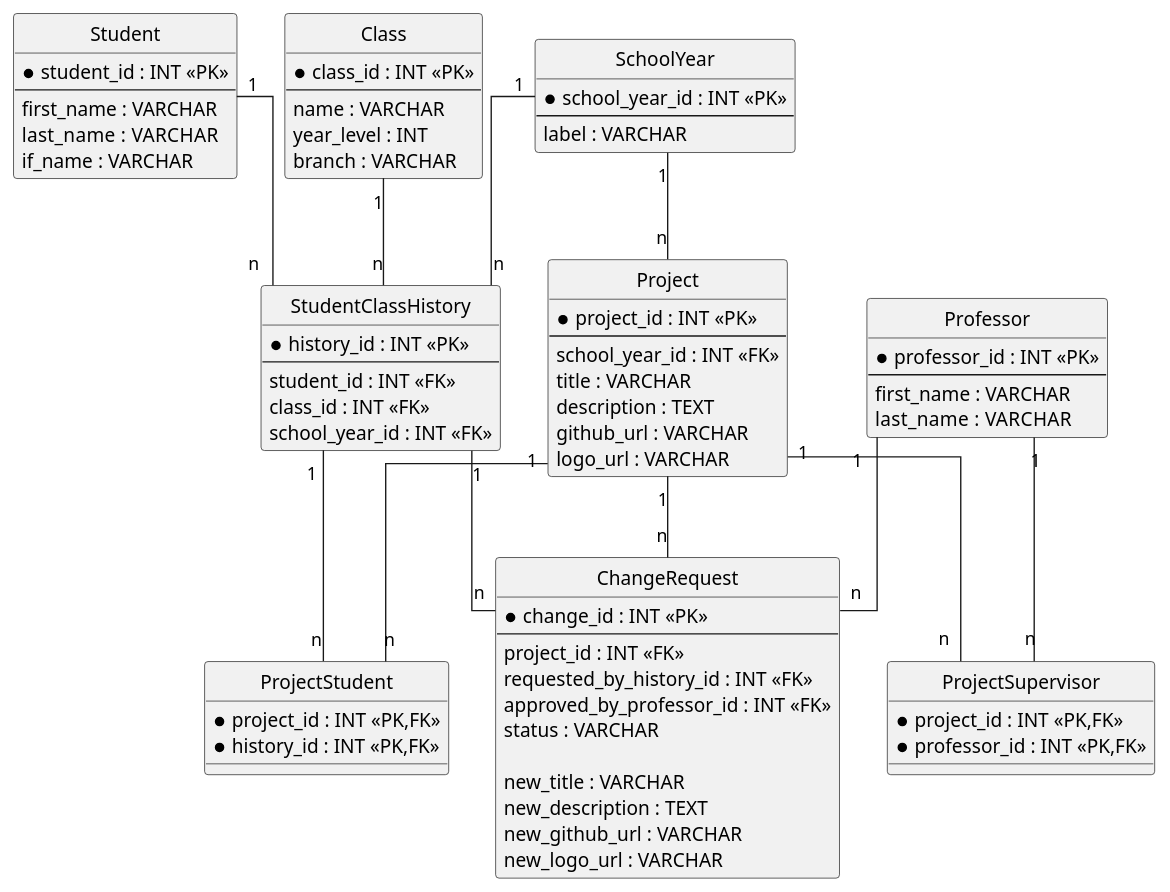
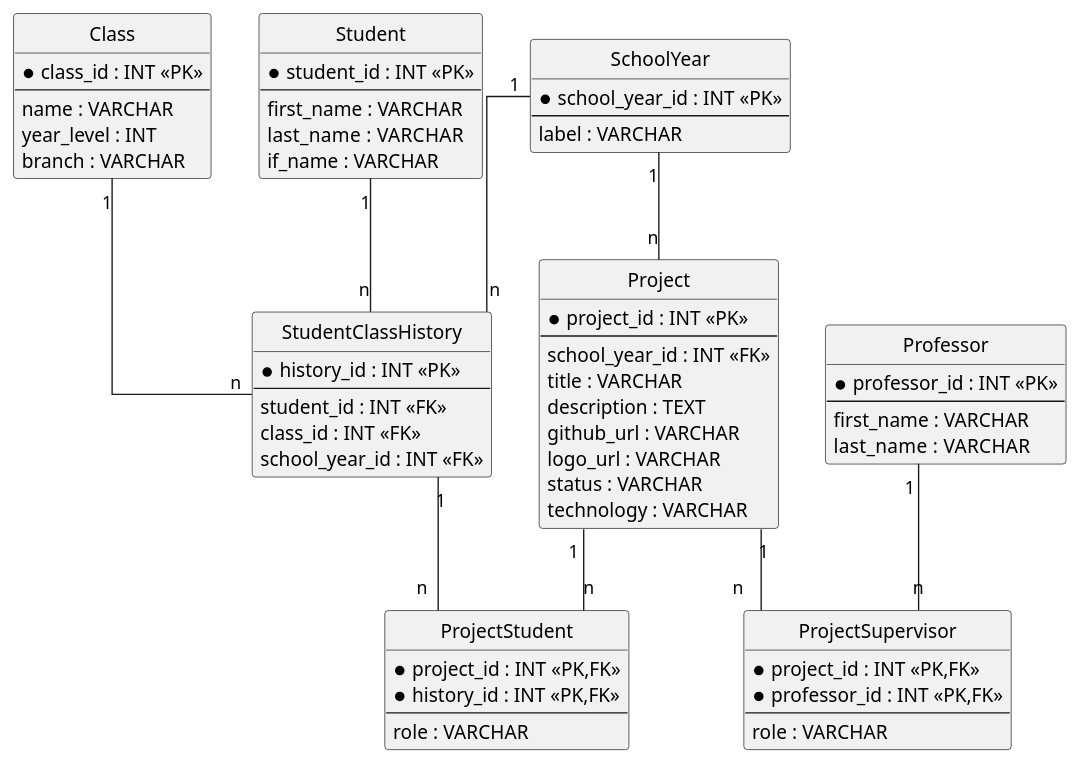
One commit to 252627-BHIF-SYP/Projekt-Managment changed the diagram in datamodel.puml. Above: the diagram before and after it, drawn with PlantUML.

Commit message:
Fertiges datamodel

```diff
--- a/datamodel.puml
+++ b/datamodel.puml
@@ -1,93 +1,80 @@
 @startuml
 hide circle
 skinparam linetype ortho
 skinparam shadowing false
 
 entity "SchoolYear" as SchoolYear {
   * school_year_id : INT <<PK>>
   --
   label : VARCHAR
 }
 
 entity "Class" as Class {
   * class_id : INT <<PK>>
   --
   name : VARCHAR
   year_level : INT
   branch : VARCHAR
 }
 
 entity "Student" as Student {
   * student_id : INT <<PK>>
   --
   first_name : VARCHAR
   last_name  : VARCHAR
   if_name : VARCHAR
 }
 
 entity "Professor" as Professor {
   * professor_id : INT <<PK>>
   --
   first_name : VARCHAR
   last_name  : VARCHAR
 }
 
 entity "StudentClassHistory" as StudentClassHistory {
   * history_id : INT <<PK>>
   --
   student_id : INT <<FK>>
   class_id : INT <<FK>>
   school_year_id : INT <<FK>>
 }
 
 entity "Project" as Project {
   * project_id : INT <<PK>>
   --
   school_year_id : INT <<FK>>
   title : VARCHAR
   description : TEXT
   github_url : VARCHAR
   logo_url : VARCHAR
+  status : VARCHAR
+  technology : VARCHAR
 }
 
 entity "ProjectStudent" as ProjectStudent {
   * project_id : INT <<PK,FK>>
   * history_id : INT <<PK,FK>>
+  --
+  role : VARCHAR
 }
 
 entity "ProjectSupervisor" as ProjectSupervisor {
   * project_id : INT <<PK,FK>>
   * professor_id : INT <<PK,FK>>
-}
-
-entity "ChangeRequest" as ChangeRequest {
-  * change_id : INT <<PK>>
   --
-  project_id : INT <<FK>>
-  requested_by_history_id : INT <<FK>>
-  approved_by_professor_id : INT <<FK>>
-  status : VARCHAR
-
-  new_title : VARCHAR
-  new_description : TEXT
-  new_github_url : VARCHAR
-  new_logo_url : VARCHAR
+  role : VARCHAR
 }
 
 SchoolYear "1" -- "n" StudentClassHistory
 Class      "1" -- "n" StudentClassHistory
 Student    "1" -- "n" StudentClassHistory
 
 SchoolYear "1" -- "n" Project
 
 Project              "1" -- "n" ProjectStudent
 StudentClassHistory  "1" -- "n" ProjectStudent
 
 Project    "1" -- "n" ProjectSupervisor
 Professor  "1" -- "n" ProjectSupervisor
-
-Project              "1" -- "n" ChangeRequest
-StudentClassHistory  "1" -- "n" ChangeRequest
-Professor            "1" -- "n" ChangeRequest
-
 @enduml
```
